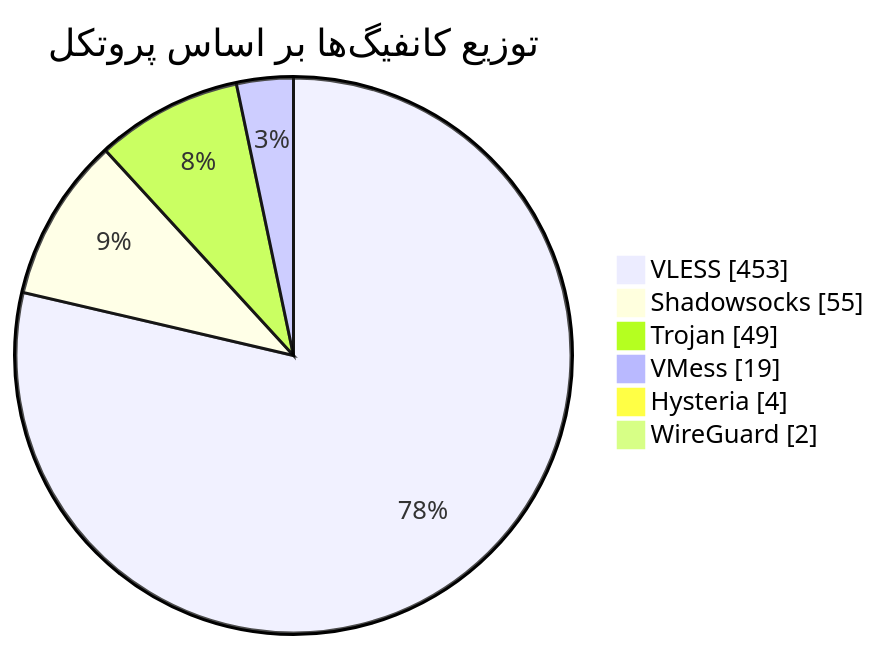
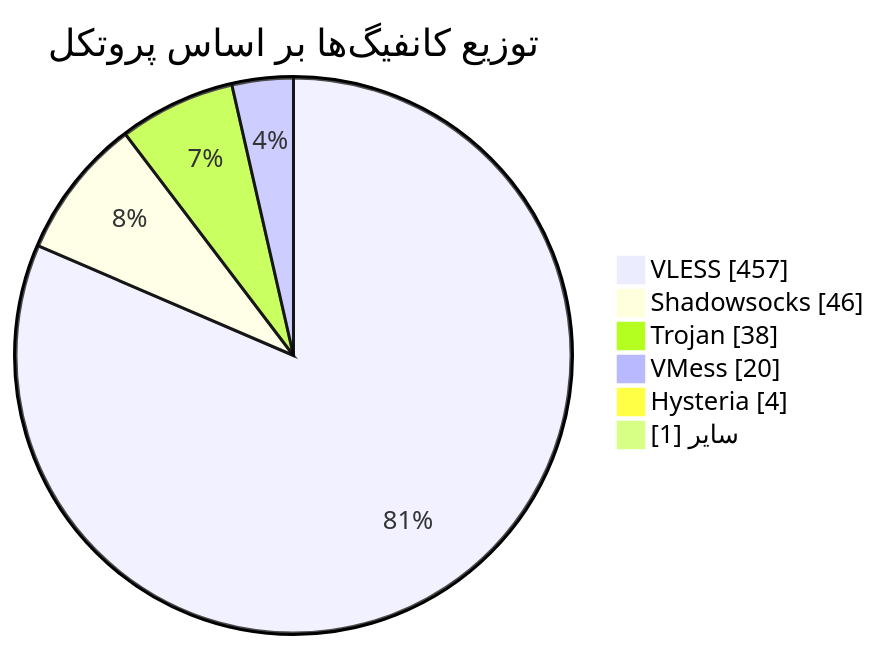
One commit to Arian-Alijani/Somthing changed the diagram in README.md. Above: the diagram before and after it, drawn with Mermaid. The commit also changed other lines of this file and 71 other files, not shown here.

````diff
--- a/README.md
+++ b/README.md
@@ -48,10 +48,10 @@
 ```mermaid
 pie showData
     title توزیع کانفیگ‌ها بر اساس پروتکل
-    "VLESS" : 453
-    "Shadowsocks" : 55
-    "Trojan" : 49
-    "VMess" : 19
+    "VLESS" : 457
+    "Shadowsocks" : 46
+    "Trojan" : 38
+    "VMess" : 20
     "Hysteria" : 4
-    "WireGuard" : 2
+    "سایر" : 1
 ```
````
